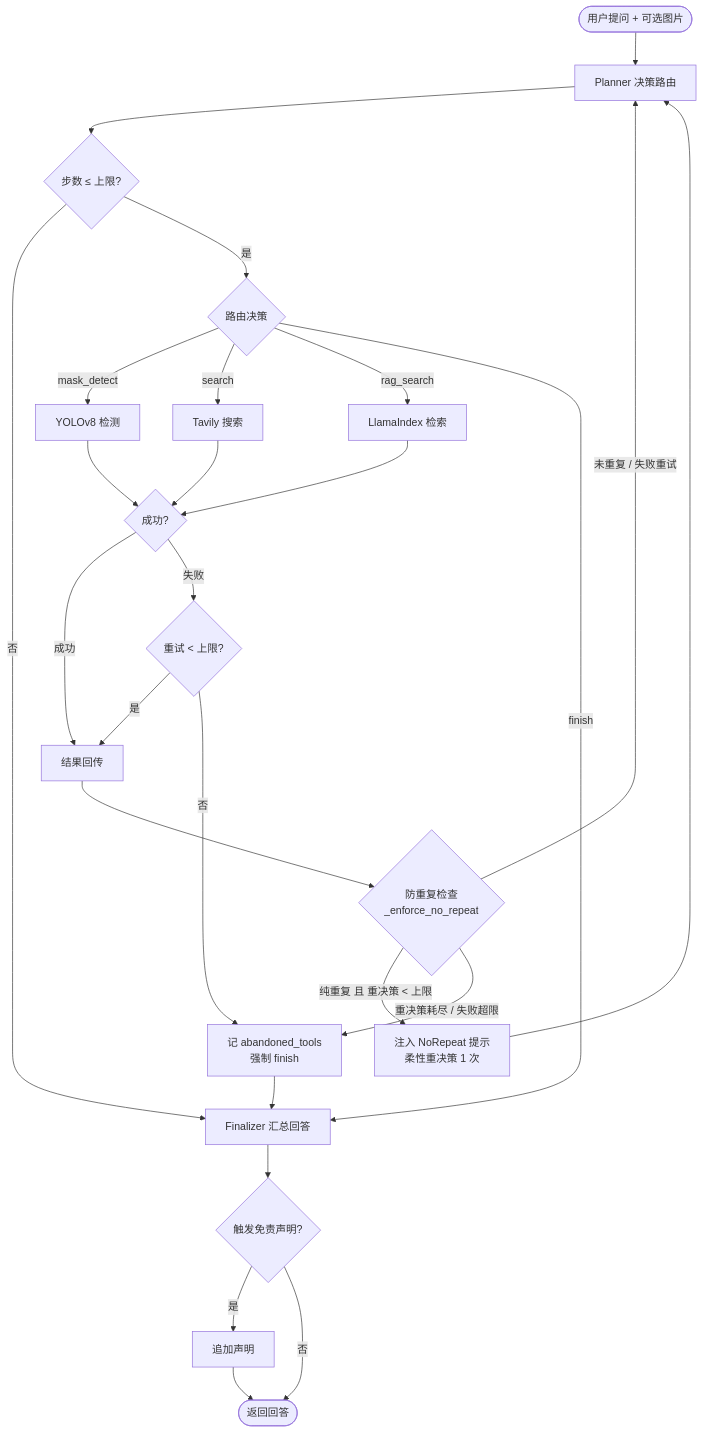
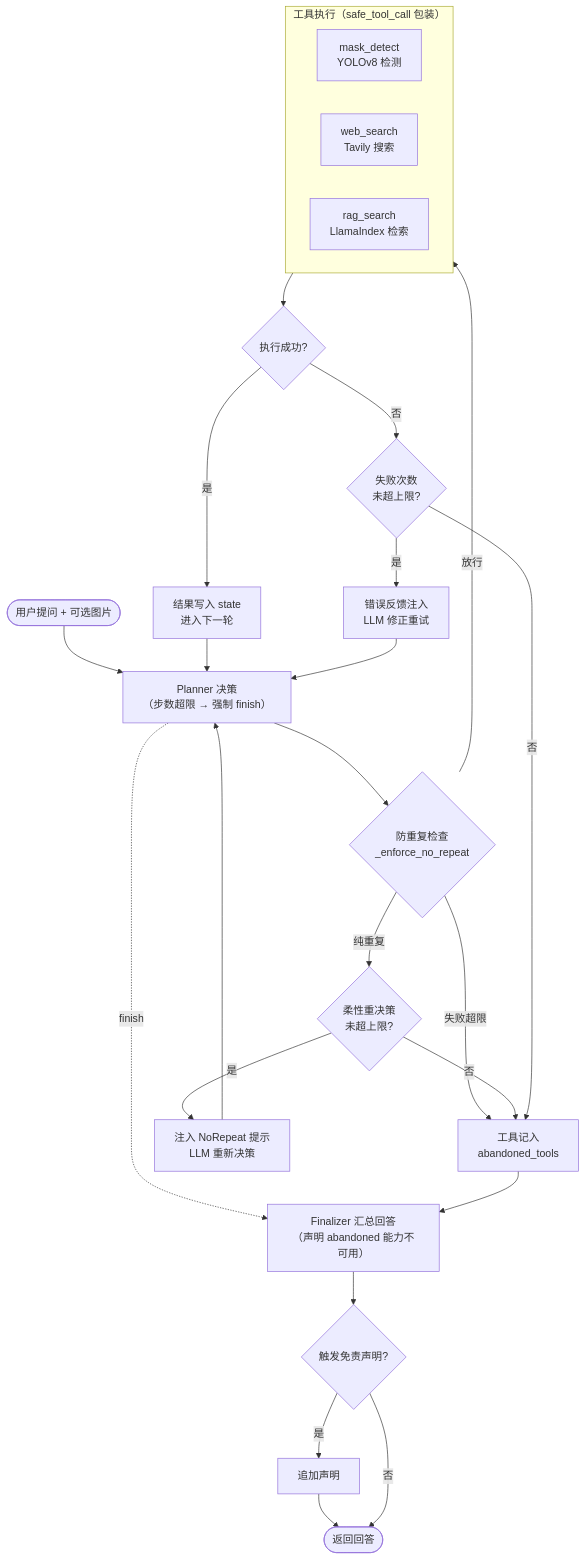
One commit to fangkai00/mask-detection-agent changed the second of 2 diagrams in README.md. Above: the diagram before and after it, drawn with Mermaid. The commit also changed other lines of this file, not shown here.

Commit message:
mermaid update

````diff
--- a/README.md
+++ b/README.md
@@ -150,29 +142,32 @@
 ```mermaid
 flowchart TD
-    Start([用户提问 + 可选图片]) --> Planner[Planner 决策路由]
-    Planner --> CheckStep{步数 ≤ 上限?}
-    CheckStep -->|否| Final
-    CheckStep -->|是| Route{路由决策}
+    Start(["用户提问 + 可选图片"]) --> Planner["Planner 决策<br/>（步数超限 → 强制 finish）"]
+    Planner --> Check{"防重复检查<br/>_enforce_no_repeat"}
 
-    Route -->|mask_detect| MaskDetect[YOLOv8 检测]
-    Route -->|search| WebSearch[Tavily 搜索]
-    Route -->|rag_search| RagSearch[LlamaIndex 检索]
-    Route -->|finish| Final
+    Check -->|"放行"| ToolBox
+    Check -->|"纯重复"| Soft{"柔性重决策<br/>未超上限?"}
+    Check -->|"失败超限"| Abandon
 
-    MaskDetect & WebSearch & RagSearch --> ErrorCheck{成功?}
-    ErrorCheck -->|成功| BackToPlanner[结果回传]
-    ErrorCheck -->|失败| RetryCheck{重试 < 上限?}
-    RetryCheck -->|是| BackToPlanner
-    RetryCheck -->|否| AbandonTool[记 abandoned_tools<br/>强制 finish]
+    Soft -->|"是"| Hint["注入 NoRepeat 提示<br/>LLM 重新决策"] --> Planner
+    Soft -->|"否"| Abandon["工具记入<br/>abandoned_tools"]
 
-    BackToPlanner --> NoRepeat{防重复检查<br/>_enforce_no_repeat}
-    NoRepeat -->|未重复 / 失败重试| Planner
-    NoRepeat -->|纯重复 且 重决策 < 上限| Replan[注入 NoRepeat 提示<br/>柔性重决策 1 次]
-    Replan --> Planner
-    NoRepeat -->|重决策耗尽 / 失败超限| AbandonTool
-    AbandonTool --> Final
+    subgraph ToolBox["工具执行（safe_tool_call 包装）"]
+        direction LR
+        T1["mask_detect<br/>YOLOv8 检测"]
+        T2["web_search<br/>Tavily 搜索"]
+        T3["rag_search<br/>LlamaIndex 检索"]
+    end
 
-    Final[Finalizer 汇总回答] --> Disclaimer{触发免责声明?}
-    Disclaimer -->|是| Append[追加声明] --> End([返回回答])
-    Disclaimer -->|否| End
+    ToolBox --> Ok{"执行成功?"}
+    Ok -->|"是"| Back["结果写入 state<br/>进入下一轮"] --> Planner
+    Ok -->|"否"| Err{"失败次数<br/>未超上限?"}
+    Err -->|"是"| ErrBack["错误反馈注入<br/>LLM 修正重试"] --> Planner
+    Err -->|"否"| Abandon
+
+    Planner -.->|"finish"| Final["Finalizer 汇总回答<br/>（声明 abandoned 能力不可用）"]
+    Abandon --> Final
+
+    Final --> Disc{"触发免责声明?"}
+    Disc -->|"是"| Append["追加声明"] --> End(["返回回答"])
+    Disc -->|"否"| End
 ```
````
